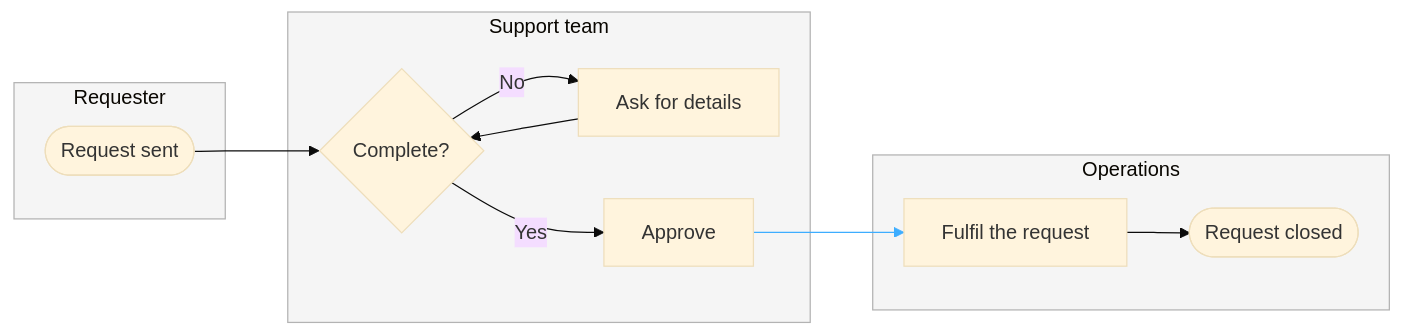
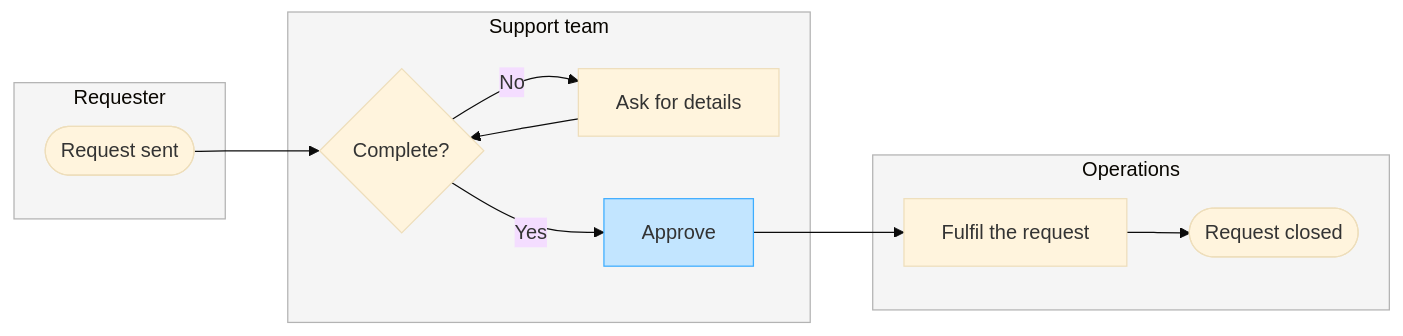
One commit to MichelKerkmeester/product-owner_create-tickets-and-stories changed the second of 3 diagrams in claude project/knowledge/Product Owner - Assets - Flow Templates - Process.md. Above: the diagram before and after it, drawn with Mermaid (base theme). The commit also changed other lines of this file and 146 other files, not shown here.

````diff
--- a/claude project/knowledge/Product Owner - Assets - Flow Templates - Process.md
+++ b/claude project/knowledge/Product Owner - Assets - Flow Templates - Process.md
@@ -37,26 +38,26 @@
 ```mermaid
 %% type: process
 flowchart LR
     subgraph requester ["Requester"]
         ask([Request sent])
     end
     subgraph team ["Support team"]
         triage{Complete?}
         more[Ask for details]
         approve[Approve]
     end
     subgraph ops ["Operations"]
         fulfil[Fulfil the request]
         closed([Request closed])
     end
     ask --> triage
     triage -->|No| more
     more --> triage
     triage -->|Yes| approve
     approve --> fulfil
     fulfil --> closed
     style requester fill:#F5F5F5,stroke:#B3B3B3
     style team fill:#F5F5F5,stroke:#B3B3B3
     style ops fill:#F5F5F5,stroke:#B3B3B3
-    linkStyle 4 stroke:#3DADFF
+    style approve fill:#C2E5FF,stroke:#3DADFF
 ```
````
